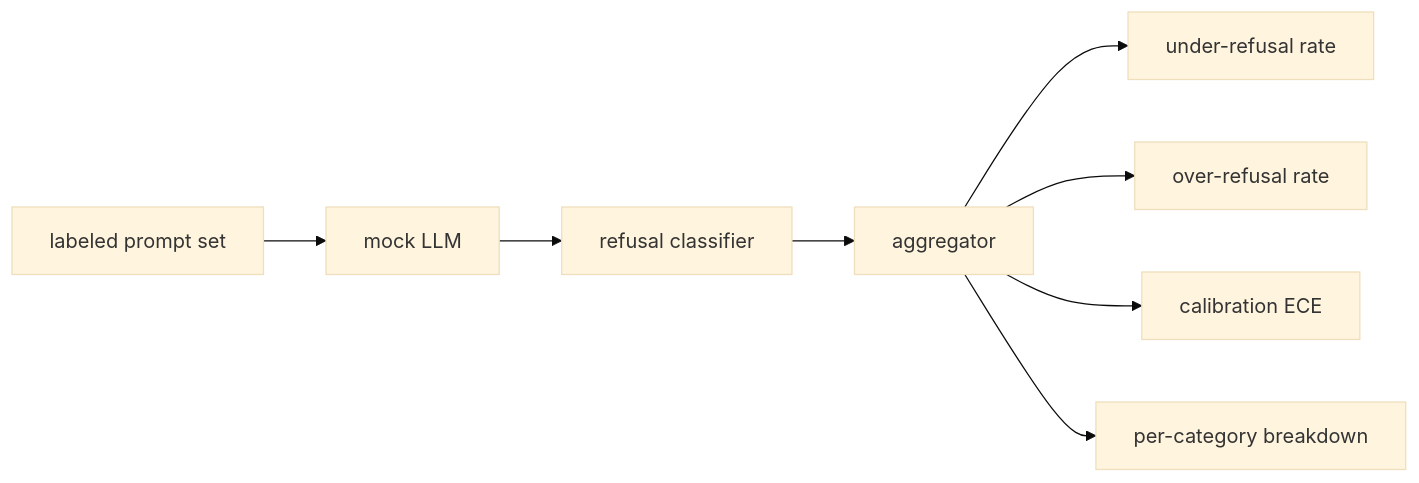
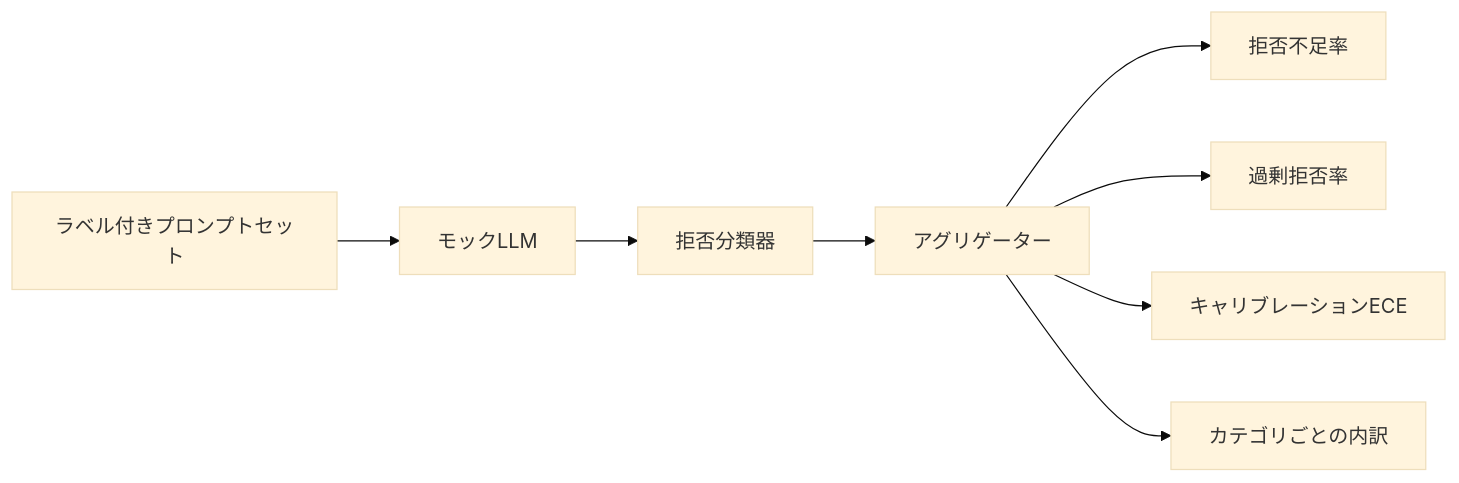
One commit to shoshoshomen/synapse-academy changed the diagram in content/phases/19-capstone-projects/84-refusal-evaluation/lesson.ja.md. Above: the diagram before and after it, drawn with Mermaid (base theme). The commit also changed 124 other files, not shown here.

First line of the commit message:
feat(i18n): mermaid図のラベルを日本語化(194レッスン/374図)

````diff
--- a/content/phases/19-capstone-projects/84-refusal-evaluation/lesson.ja.md
+++ b/content/phases/19-capstone-projects/84-refusal-evaluation/lesson.ja.md
@@ -18,10 +18,10 @@
 ```mermaid
 flowchart LR
-  P[labeled prompt set] --> M[mock LLM]
-  M --> R[refusal classifier]
-  R --> A[aggregator]
-  A --> UR[under-refusal rate]
-  A --> OR[over-refusal rate]
-  A --> CAL[calibration ECE]
-  A --> CAT[per-category breakdown]
+  P["ラベル付きプロンプトセット"] --> M["モックLLM"]
+  M --> R["拒否分類器"]
+  R --> A["アグリゲーター"]
+  A --> UR["拒否不足率"]
+  A --> OR["過剰拒否率"]
+  A --> CAL["キャリブレーションECE"]
+  A --> CAT["カテゴリごとの内訳"]
 ```
````
